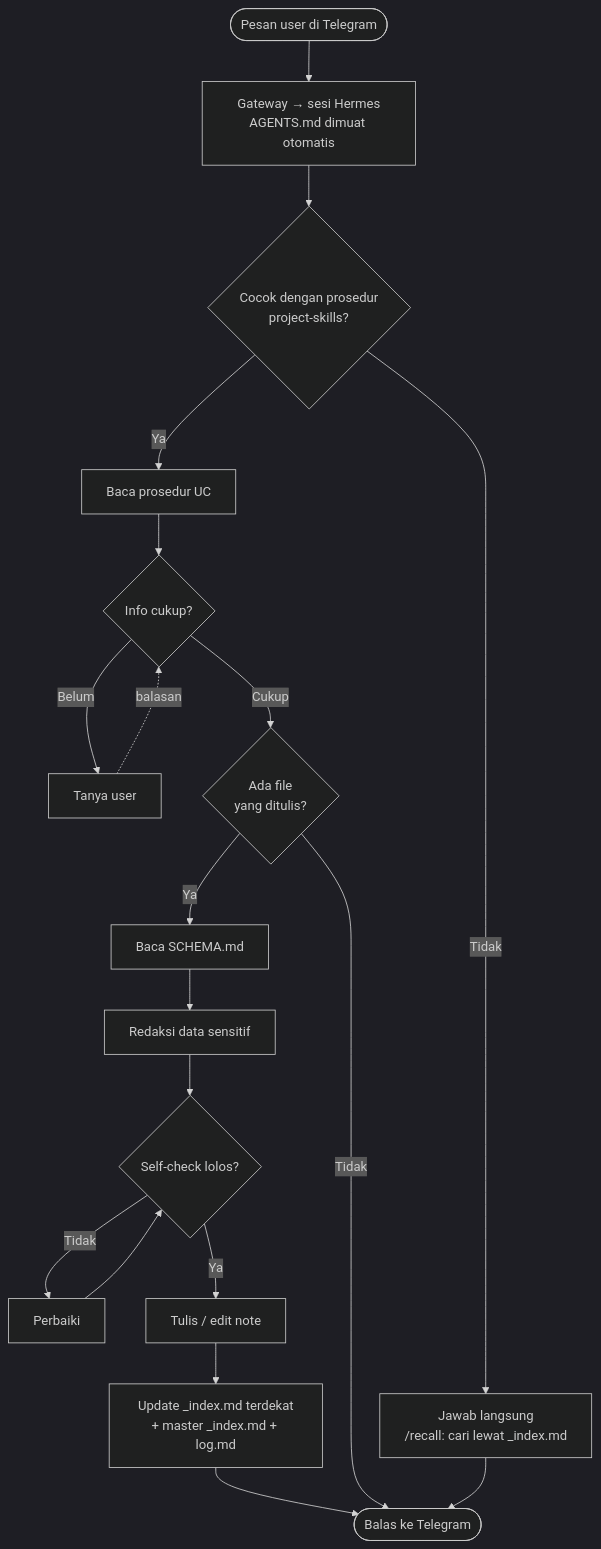
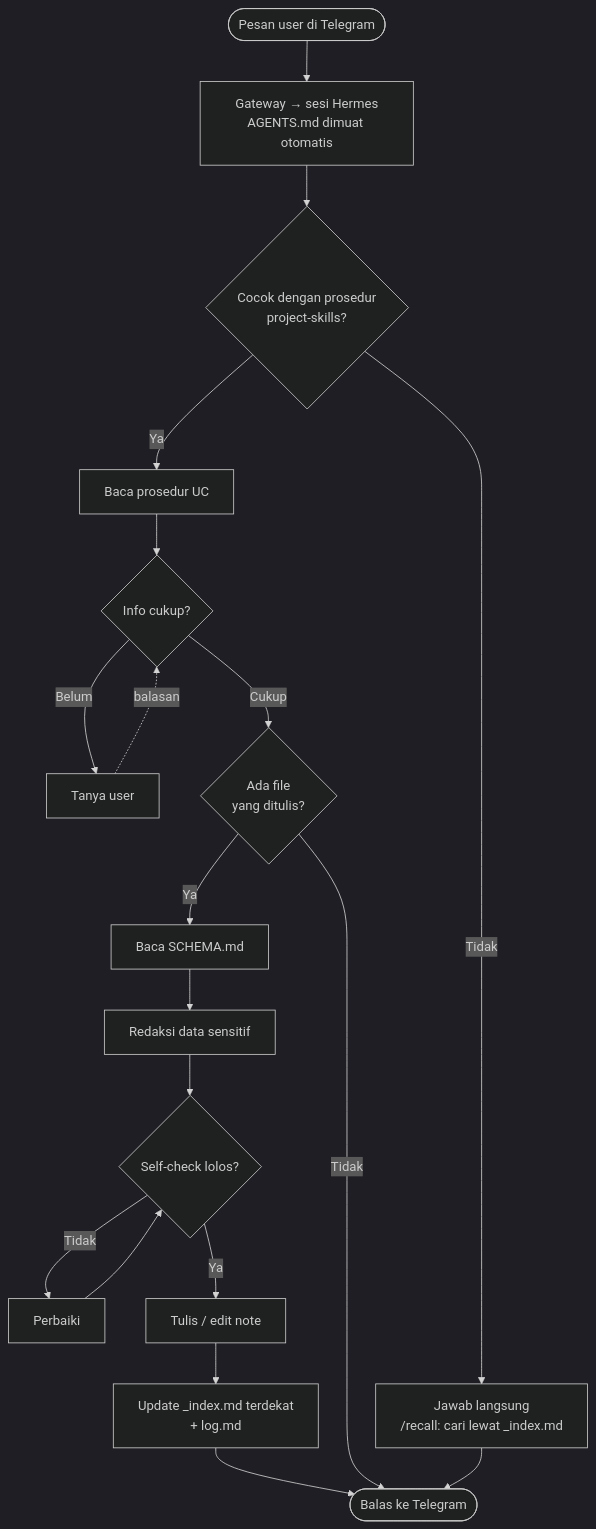
One commit to nuridho/igrow changed the second of 4 diagrams in PRD/04-architecture.md. Above: the diagram before and after it, drawn with Mermaid (dark theme). The commit also changed other lines of this file and 17 other files, not shown here.

````diff
--- a/PRD/04-architecture.md
+++ b/PRD/04-architecture.md
@@ -113,20 +113,20 @@
 ```mermaid
 flowchart TD
     A(["Pesan user di Telegram"]) --> B["Gateway → sesi Hermes<br/>AGENTS.md dimuat otomatis"]
     B --> C{"Cocok dengan prosedur<br/>project-skills?"}
     C -- Tidak --> D["Jawab langsung<br/>/recall: cari lewat _index.md"]
     C -- Ya --> E["Baca prosedur UC"]
     E --> F{"Info cukup?"}
     F -- Belum --> G["Tanya user"]
     G -. balasan .-> F
     F -- Cukup --> H{"Ada file<br/>yang ditulis?"}
     H -- Ya --> I["Baca SCHEMA.md"]
     I --> J["Redaksi data sensitif"]
     J --> K{"Self-check lolos?"}
     K -- Tidak --> L["Perbaiki"] --> K
     K -- Ya --> M["Tulis / edit note"]
-    M --> N["Update _index.md terdekat<br/>+ master _index.md + log.md"]
+    M --> N["Update _index.md terdekat<br/>+ log.md"]
     N --> Z(["Balas ke Telegram"])
     H -- Tidak --> Z
     D --> Z
 ```
````
